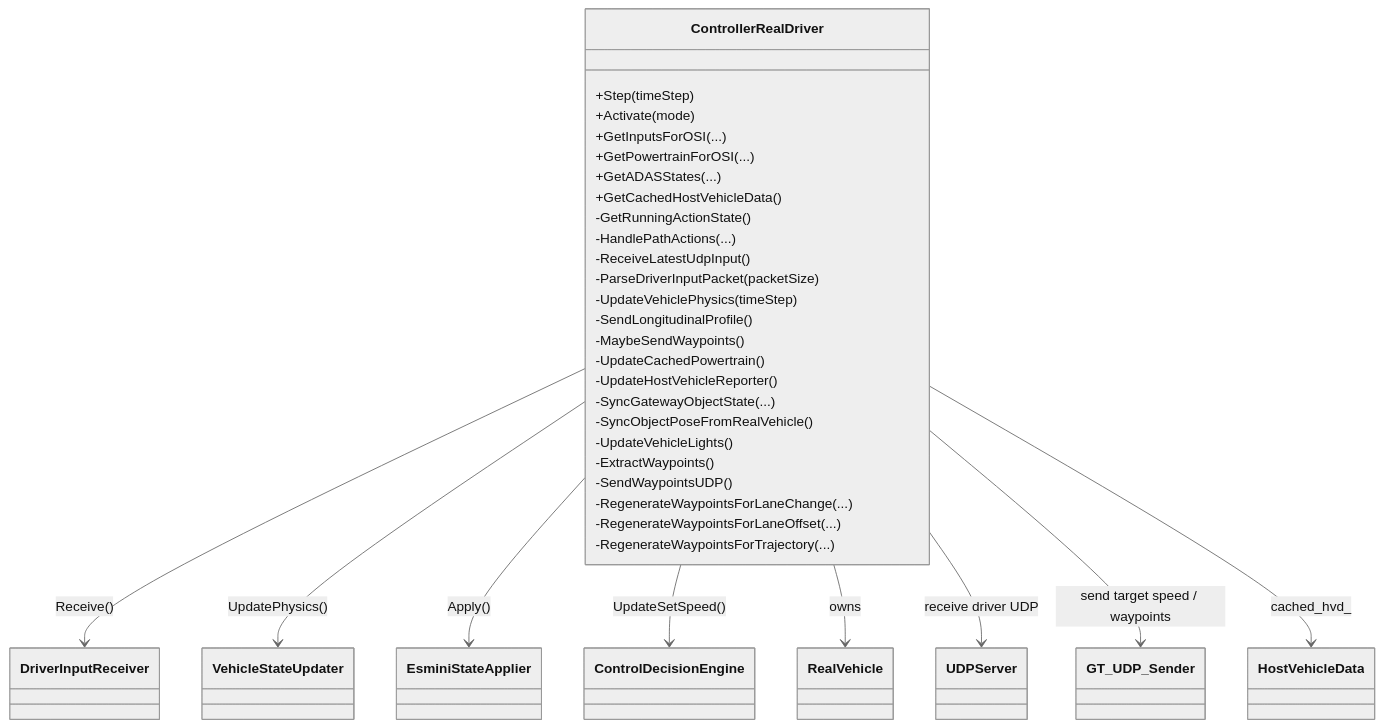
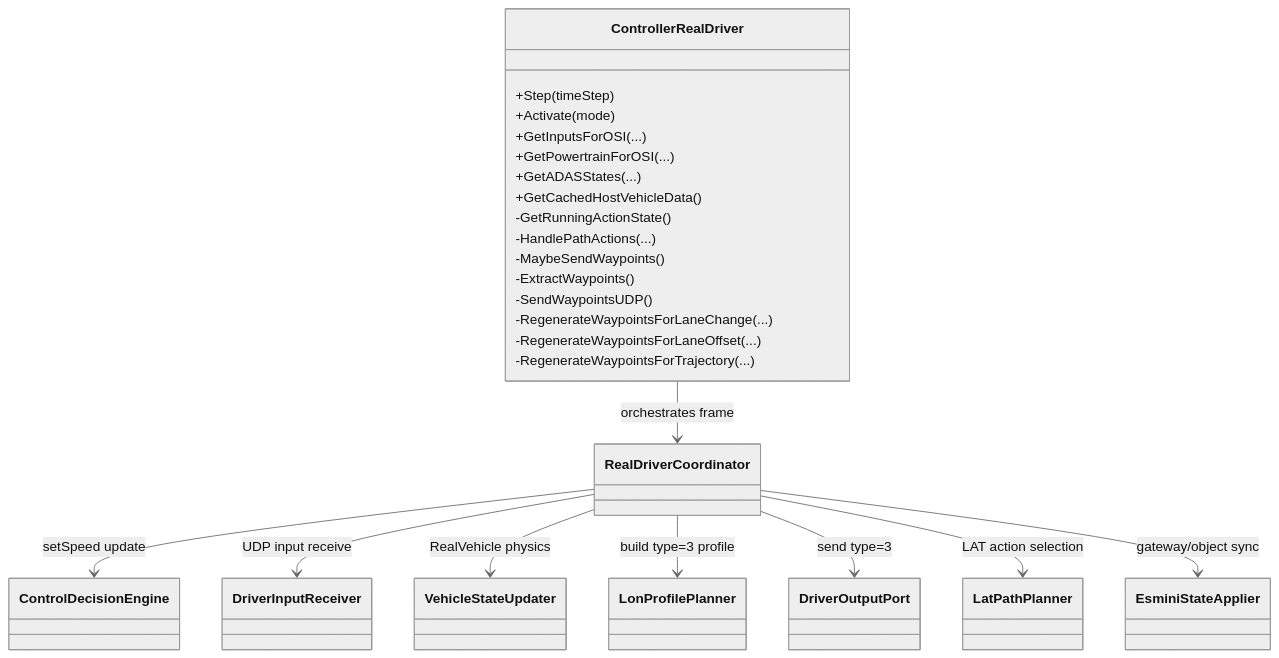
The first of 5 diagrams in GT_esmini/docs/controller_real_driver_logic.md (GT-karny/esmini), drawn with Mermaid (neutral theme) before and after one commit. The commit also changed other lines of this file and 5 other files, not shown here.

````diff
--- a/GT_esmini/docs/controller_real_driver_logic.md
+++ b/GT_esmini/docs/controller_real_driver_logic.md
@@ -9,46 +10,37 @@
 ```mermaid
 classDiagram
     class ControllerRealDriver {
       +Step(timeStep)
       +Activate(mode)
       +GetInputsForOSI(...)
       +GetPowertrainForOSI(...)
       +GetADASStates(...)
       +GetCachedHostVehicleData()
       -GetRunningActionState()
       -HandlePathActions(...)
-      -ReceiveLatestUdpInput()
-      -ParseDriverInputPacket(packetSize)
-      -UpdateVehiclePhysics(timeStep)
-      -SendLongitudinalProfile()
       -MaybeSendWaypoints()
-      -UpdateCachedPowertrain()
-      -UpdateHostVehicleReporter()
-      -SyncGatewayObjectState(...)
-      -SyncObjectPoseFromRealVehicle()
-      -UpdateVehicleLights()
       -ExtractWaypoints()
       -SendWaypointsUDP()
       -RegenerateWaypointsForLaneChange(...)
       -RegenerateWaypointsForLaneOffset(...)
       -RegenerateWaypointsForTrajectory(...)
     }
 
+    class RealDriverCoordinator
     class DriverInputReceiver
     class VehicleStateUpdater
+    class ControlDecisionEngine
+    class LonProfilePlanner
+    class DriverOutputPort
+    class LatPathPlanner
     class EsminiStateApplier
-    class ControlDecisionEngine
-    class RealVehicle
-    class UDPServer
-    class GT_UDP_Sender
-    class HostVehicleData
 
-    ControllerRealDriver --> DriverInputReceiver : Receive()
-    ControllerRealDriver --> VehicleStateUpdater : UpdatePhysics()
-    ControllerRealDriver --> EsminiStateApplier : Apply()
-    ControllerRealDriver --> ControlDecisionEngine : UpdateSetSpeed()
-    ControllerRealDriver --> RealVehicle : owns
-    ControllerRealDriver --> UDPServer : receive driver UDP
-    ControllerRealDriver --> GT_UDP_Sender : send target speed / waypoints
-    ControllerRealDriver --> HostVehicleData : cached_hvd_
+    ControllerRealDriver --> RealDriverCoordinator : orchestrates frame
+    RealDriverCoordinator --> ControlDecisionEngine : setSpeed update
+    RealDriverCoordinator --> DriverInputReceiver : UDP input receive
+    RealDriverCoordinator --> VehicleStateUpdater : RealVehicle physics
+    RealDriverCoordinator --> LonProfilePlanner : build type=3 profile
+    RealDriverCoordinator --> DriverOutputPort : send type=3
+    RealDriverCoordinator --> LatPathPlanner : LAT action selection
+    RealDriverCoordinator --> EsminiStateApplier : gateway/object sync
 ```
````
